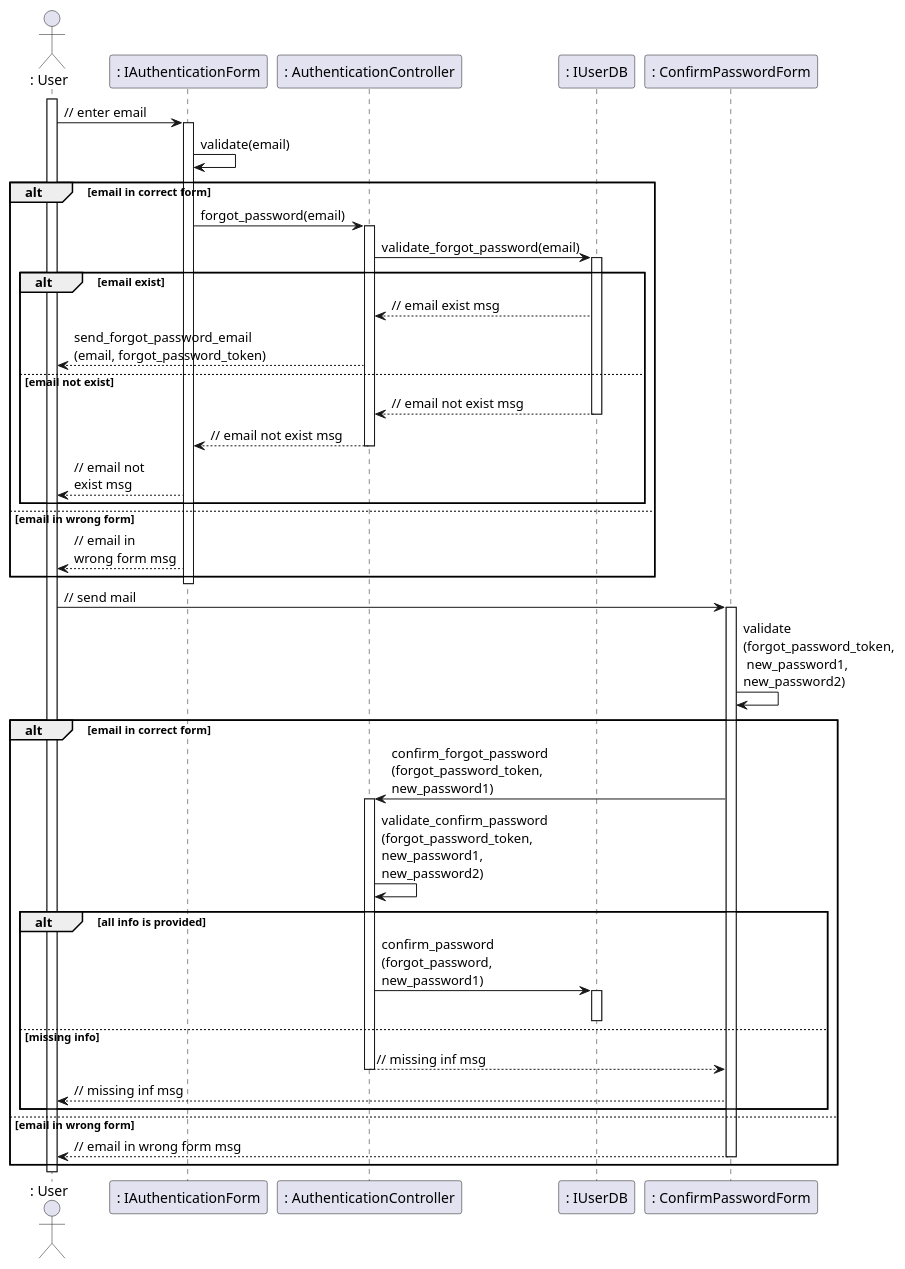
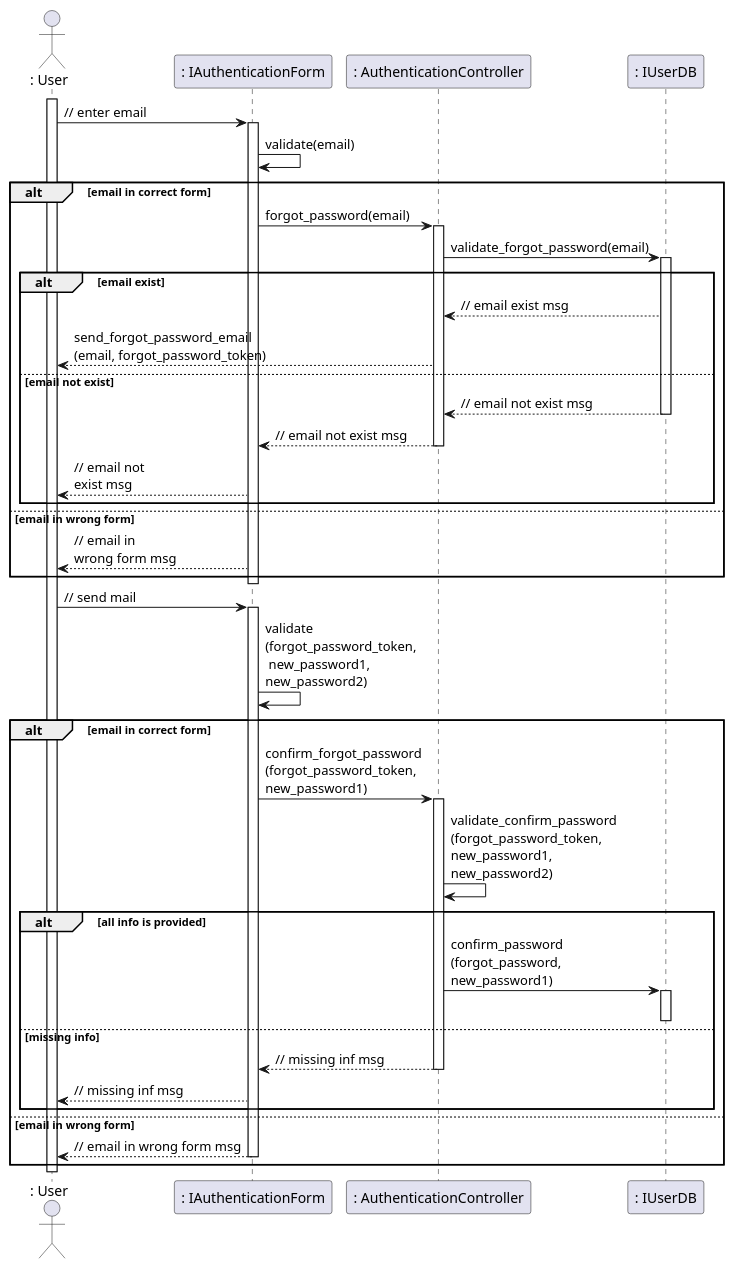
The diagram in sequence - design/authentication/forgotPassword.plantuml (anonyhostvn/OOAD-Diagram), drawn with PlantUML before and after one commit. The commit also changed 1 other file, not shown here.

```diff
--- a/sequence - design/authentication/forgotPassword.plantuml
+++ b/sequence - design/authentication/forgotPassword.plantuml
@@ -1,59 +1,59 @@
 @startuml
 actor ": User"
 
 activate ": User"
 ": User" -> ": IAuthenticationForm" : // enter email
 activate ": IAuthenticationForm"
 ": IAuthenticationForm" -> ": IAuthenticationForm" : validate(email)
 
 alt email in correct form
 
 ": IAuthenticationForm" -> ": AuthenticationController" : forgot_password(email)
 
 activate ": AuthenticationController"
 ": AuthenticationController" -> ": IUserDB" : validate_forgot_password(email)
 activate ": IUserDB"
 
 alt email exist
 ": IUserDB" --> ": AuthenticationController" : // email exist msg
 ": AuthenticationController" --> ": User" : send_forgot_password_email\n(email, forgot_password_token)
 else email not exist
 
 ": IUserDB" --> ": AuthenticationController" : // email not exist msg
 deactivate ": IUserDB"
 ": AuthenticationController" --> ": IAuthenticationForm" : // email not exist msg
 deactivate ": AuthenticationController"
 ": IAuthenticationForm" --> ": User" : // email not \nexist msg
 end
 
 else email in wrong form
 ": IAuthenticationForm" --> ": User" : // email in \nwrong form msg
 
 end
 deactivate ": IAuthenticationForm"
-": User" -> ": ConfirmPasswordForm" :  // send mail
-activate ": ConfirmPasswordForm"
-": ConfirmPasswordForm" -> ": ConfirmPasswordForm" : validate\n(forgot_password_token,\n new_password1, \nnew_password2)
+": User" -> ": IAuthenticationForm" :  // send mail
+activate ": IAuthenticationForm"
+": IAuthenticationForm" -> ": IAuthenticationForm" : validate\n(forgot_password_token,\n new_password1, \nnew_password2)
 alt email in correct form
 
-": ConfirmPasswordForm" -> ": AuthenticationController" : confirm_forgot_password\n(forgot_password_token, \nnew_password1)
+": IAuthenticationForm" -> ": AuthenticationController" : confirm_forgot_password\n(forgot_password_token, \nnew_password1)
 activate ": AuthenticationController"
 ": AuthenticationController" -> ": AuthenticationController" : validate_confirm_password\n(forgot_password_token, \nnew_password1, \nnew_password2)
 
 
 alt all info is provided
 ": AuthenticationController" -> ": IUserDB" : confirm_password\n(forgot_password, \nnew_password1)
 
 activate ": IUserDB"
 deactivate ": IUserDB"
 else missing info
-": AuthenticationController" --> ": ConfirmPasswordForm" : // missing inf msg
+": AuthenticationController" --> ": IAuthenticationForm" : // missing inf msg
 deactivate ": AuthenticationController"
-": ConfirmPasswordForm" --> ": User" : // missing inf msg
+": IAuthenticationForm" --> ": User" : // missing inf msg
 end
 else email in wrong form
-": ConfirmPasswordForm" --> ": User" : // email in wrong form msg
-deactivate ": ConfirmPasswordForm"
+": IAuthenticationForm" --> ": User" : // email in wrong form msg
+deactivate ": IAuthenticationForm"
 end
 deactivate ": User"
 @enduml
```
